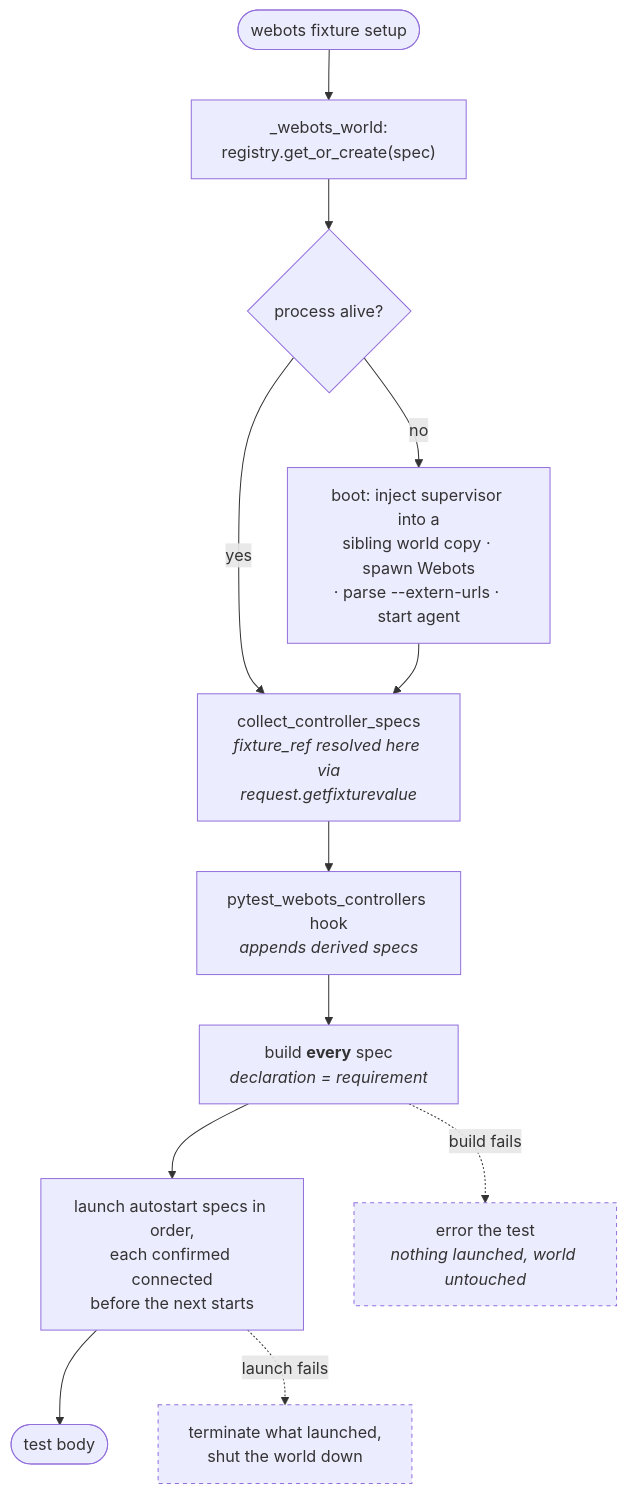
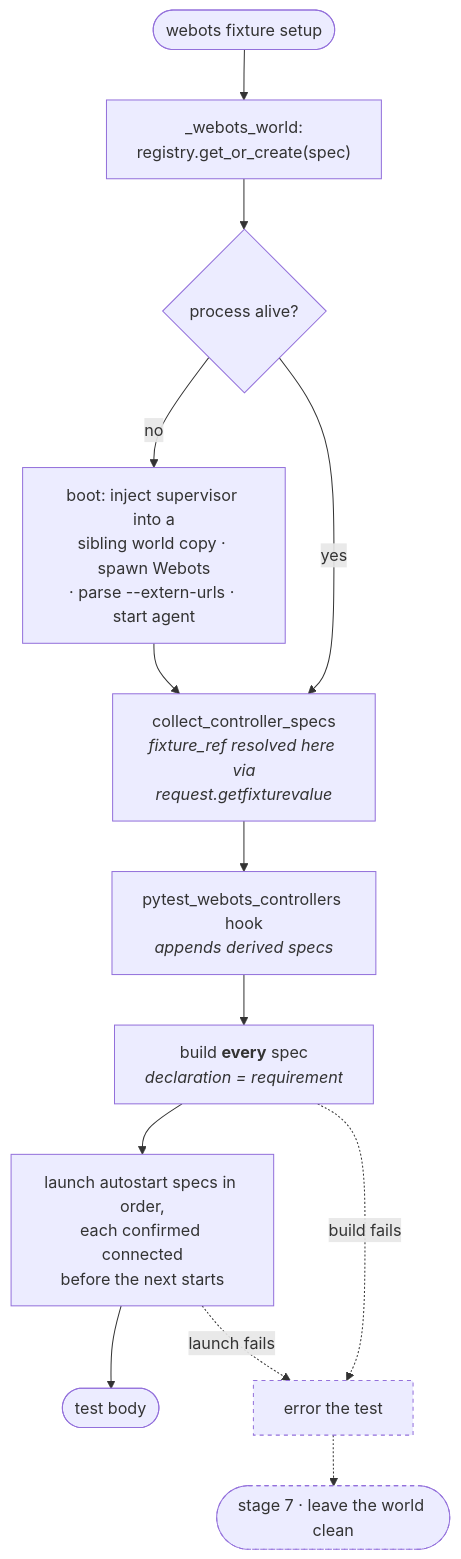
The fourth of 7 diagrams in docs/DESIGN.md (tuppl/pytest-webots), drawn with Mermaid before and after one commit. The commit also changed other lines of this file and 4 other files, not shown here.

````diff
--- a/docs/DESIGN.md
+++ b/docs/DESIGN.md
@@ -118,18 +118,20 @@
 ```mermaid
 flowchart TD
     A(["webots fixture setup"]) --> B["_webots_world:<br/>registry.get_or_create(spec)"]
     B --> C{"process alive?"}
     C -->|no| D["boot: inject supervisor into a<br/>sibling world copy · spawn Webots<br/>· parse --extern-urls · start agent"]
     C -->|yes| E
     D --> E["collect_controller_specs<br/><i>fixture_ref resolved here via<br/>request.getfixturevalue</i>"]
     E --> F["pytest_webots_controllers hook<br/><i>appends derived specs</i>"]
     F --> G["build <b>every</b> spec<br/><i>declaration = requirement</i>"]
     G --> H["launch autostart specs in order,<br/>each confirmed connected<br/>before the next starts"]
     H --> I(["test body"])
 
-    G -.->|"build fails"| X["error the test<br/><i>nothing launched, world untouched</i>"]
-    H -.->|"launch fails"| Y["terminate what launched,<br/>shut the world down"]
+    G -.->|"build fails"| X["error the test"]
+    H -.->|"launch fails"| X
+
+    X -.-> Y(["stage 7 · leave the world clean"])
 
     style X stroke-dasharray: 4 4
     style Y stroke-dasharray: 4 4
 ```
````
